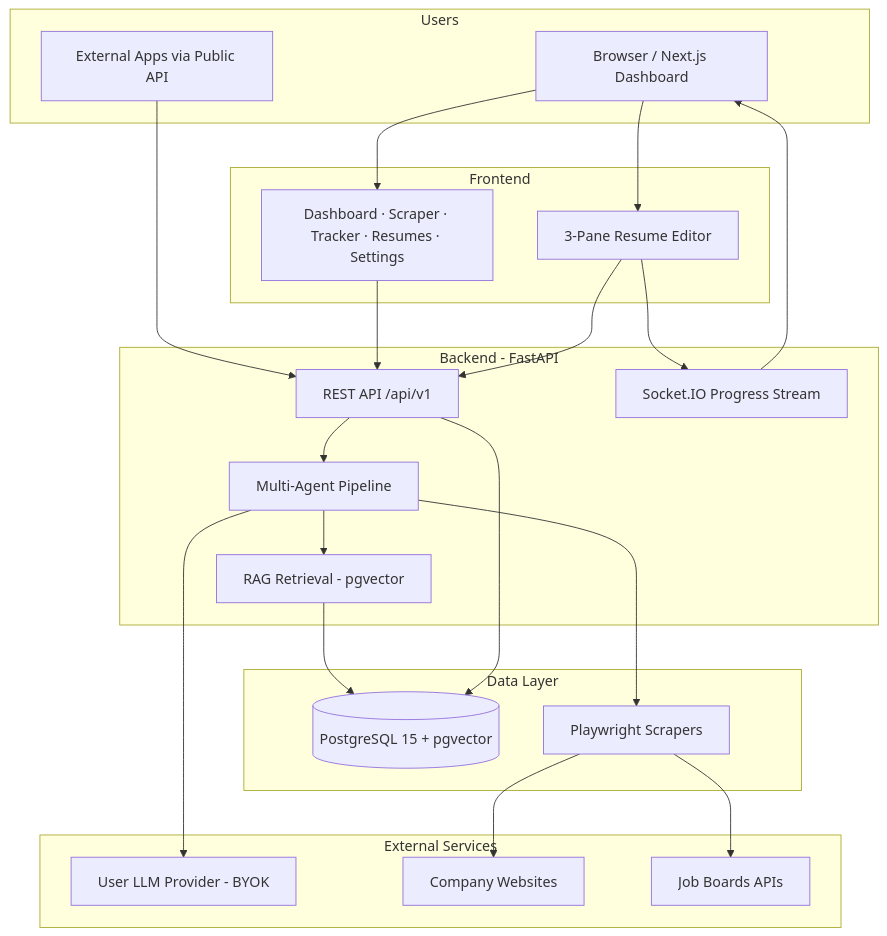
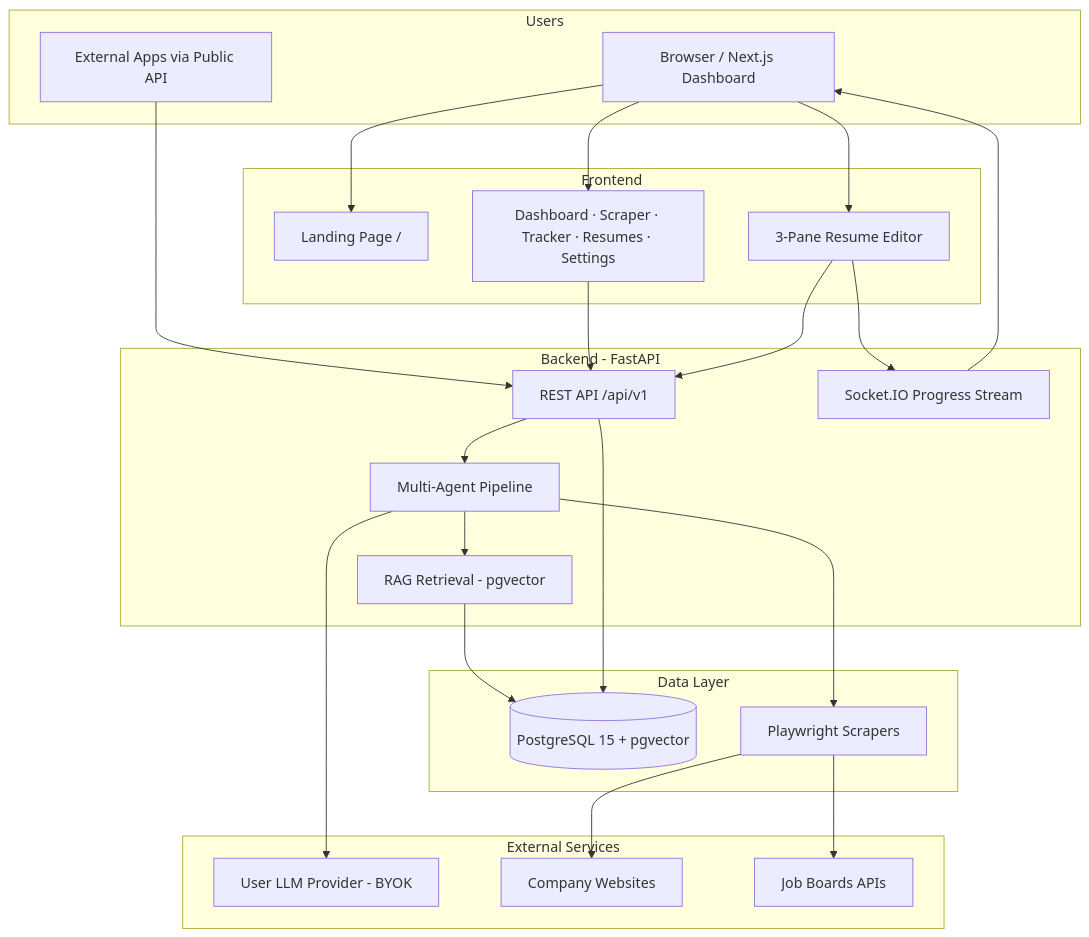
One commit to NevilPatel01/JobPilot changed the diagram in README.md. Above: the diagram before and after it, drawn with Mermaid. The commit also changed other lines of this file and 32 other files, not shown here.

First line of the commit message:
Add production auth, landing page, LLM auto-select, and LaTeX PDF preview.

````diff
--- a/README.md
+++ b/README.md
@@ -53,46 +55,48 @@
 ```mermaid
 flowchart TB
     subgraph users [Users]
         Browser[Browser / Next.js Dashboard]
         External[External Apps via Public API]
     end
 
     subgraph frontend [Frontend]
+        Landing[Landing Page /]
         Pages[Dashboard · Scraper · Tracker · Resumes · Settings]
         Editor[3-Pane Resume Editor]
     end
 
     subgraph backend [Backend - FastAPI]
         API[REST API /api/v1]
         Socket[Socket.IO Progress Stream]
         Agents[Multi-Agent Pipeline]
         RAG[RAG Retrieval - pgvector]
     end
 
     subgraph data [Data Layer]
         PG[(PostgreSQL 15 + pgvector)]
         Scraper[Playwright Scrapers]
     end
 
     subgraph external [External Services]
         LLM[User LLM Provider - BYOK]
         Company[Company Websites]
         JobBoards[Job Boards APIs]
     end
 
+    Browser --> Landing
     Browser --> Pages
     Browser --> Editor
     External --> API
     Pages --> API
     Editor --> API
     Editor --> Socket
     API --> Agents
     Agents --> RAG
     Agents --> LLM
     RAG --> PG
     API --> PG
     Agents --> Scraper
     Scraper --> Company
     Scraper --> JobBoards
     Socket --> Browser
 ```
````
